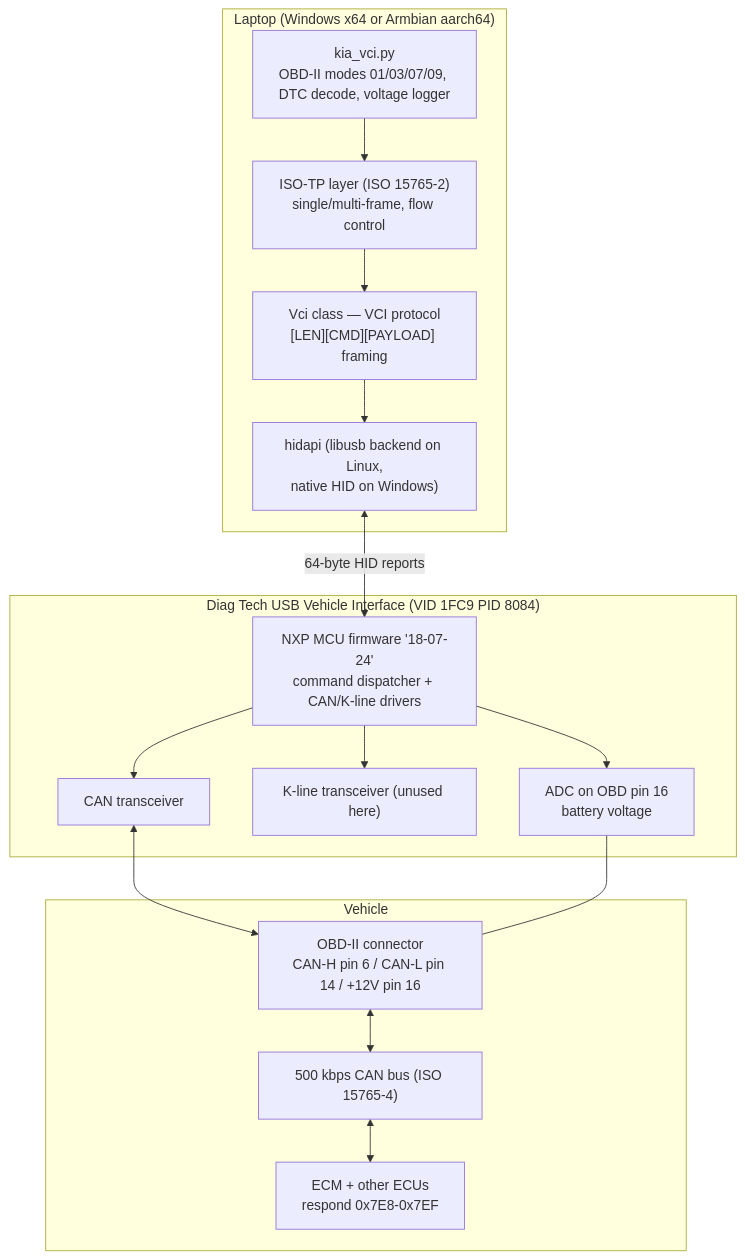
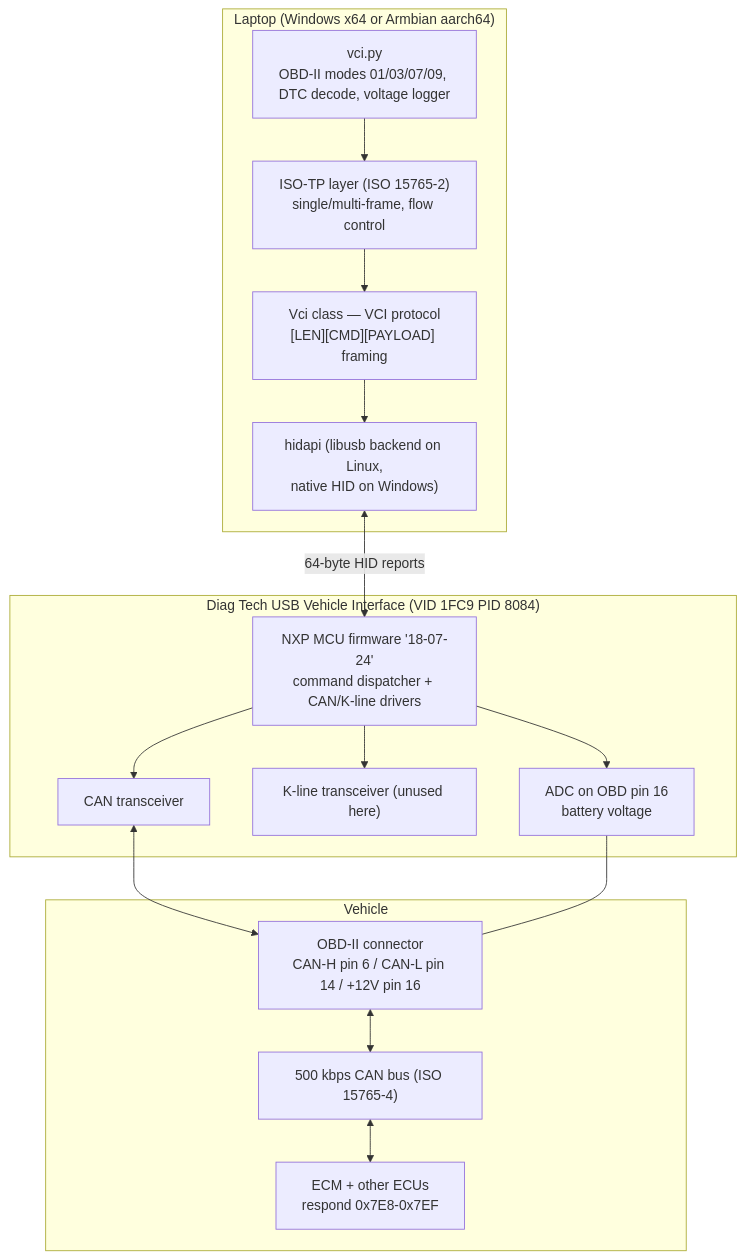
The first of 2 diagrams in docs/architecture.md (redthepro/bavtech-vci), drawn with Mermaid before and after one commit. The commit also changed other lines of this file and 9 other files, not shown here.

Commit message:
Rename kia_vci.py -> vci.py (works on more than Kia now)

````diff
--- a/docs/architecture.md
+++ b/docs/architecture.md
@@ -12,25 +12,25 @@
 ```mermaid
 flowchart TB
     subgraph laptop["Laptop (Windows x64 or Armbian aarch64)"]
-        app["kia_vci.py<br/>OBD-II modes 01/03/07/09, DTC decode, voltage logger"]
+        app["vci.py<br/>OBD-II modes 01/03/07/09, DTC decode, voltage logger"]
         isotp["ISO-TP layer (ISO 15765-2)<br/>single/multi-frame, flow control"]
         vci["Vci class — VCI protocol<br/>[LEN][CMD][PAYLOAD] framing"]
         hidapi["hidapi (libusb backend on Linux,<br/>native HID on Windows)"]
     end
     subgraph cable["Diag Tech USB Vehicle Interface (VID 1FC9 PID 8084)"]
         mcu["NXP MCU firmware '18-07-24'<br/>command dispatcher + CAN/K-line drivers"]
         can["CAN transceiver"]
         kline["K-line transceiver (unused here)"]
         adc["ADC on OBD pin 16<br/>battery voltage"]
     end
     subgraph car["Vehicle"]
         obd["OBD-II connector<br/>CAN-H pin 6 / CAN-L pin 14 / +12V pin 16"]
         ecm["ECM + other ECUs<br/>respond 0x7E8-0x7EF"]
         bus["500 kbps CAN bus (ISO 15765-4)"]
     end
     app --> isotp --> vci --> hidapi
     hidapi <-->|"64-byte HID reports"| mcu
     mcu --> can & kline & adc
     can <--> obd <--> bus <--> ecm
     adc --- obd
 ```
````
